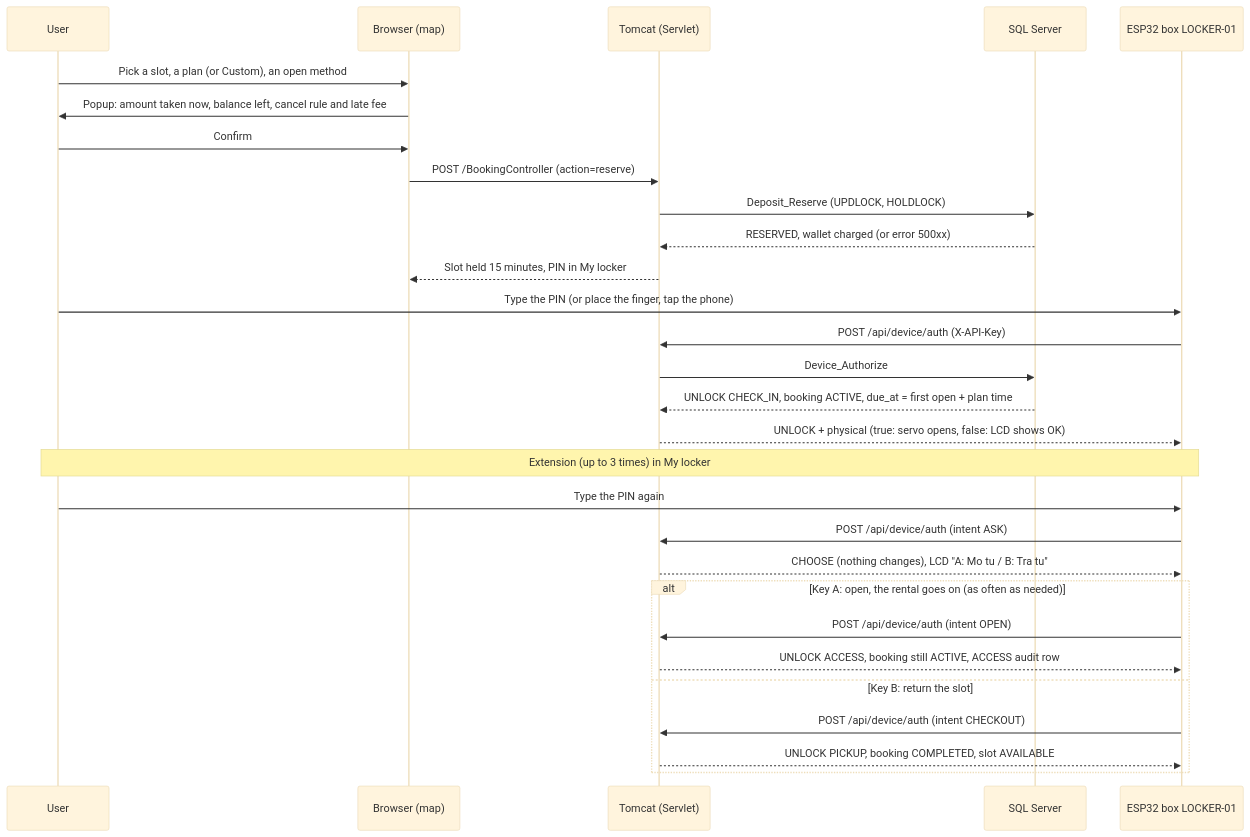
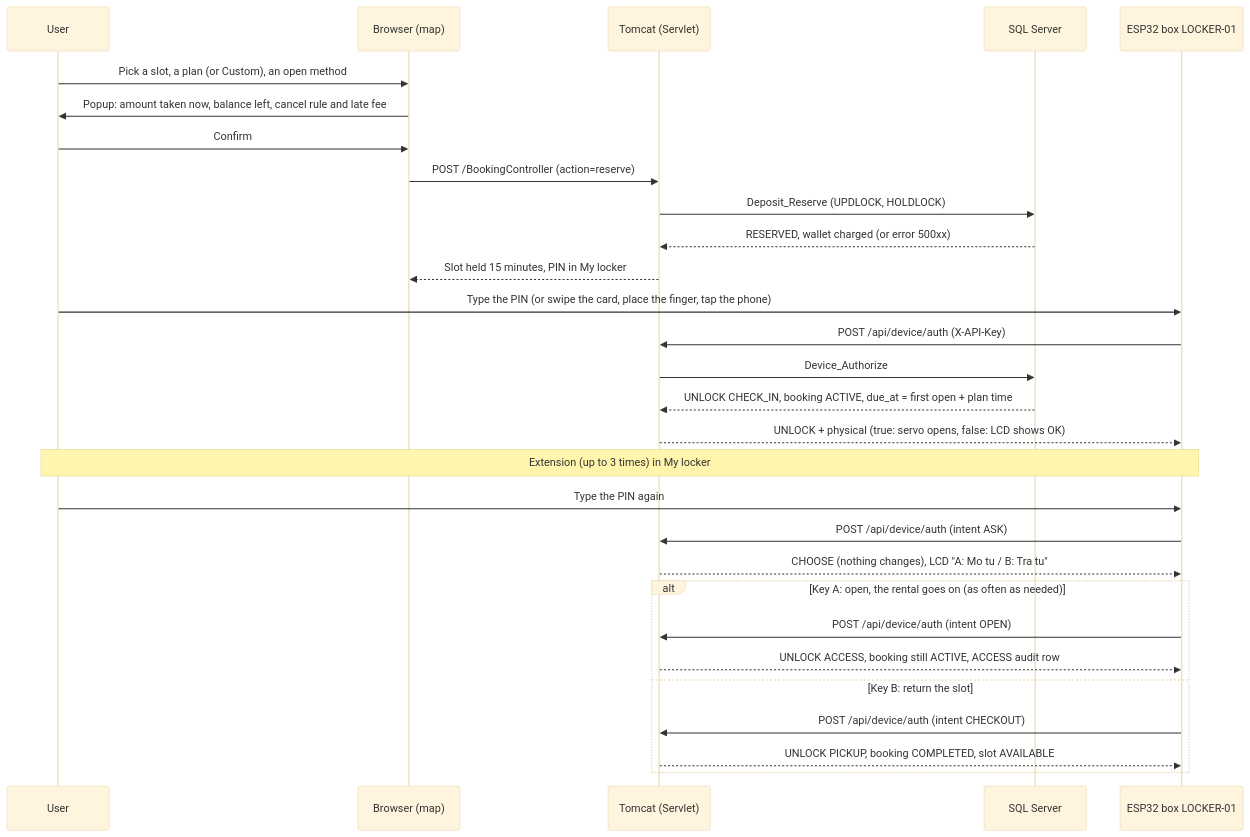
One commit to HoangDuc1003/SmartLocker changed the first of 4 diagrams in README.en.md. Above: the diagram before and after it, drawn with Mermaid (base theme). The commit also changed other lines of this file and 58 other files, not shown here.

First line of the commit message:
v7: RFID card and phone NFC tap together on one PN532, no card deposit

````diff
--- a/README.en.md
+++ b/README.en.md
@@ -310,32 +311,32 @@
 ```mermaid
 sequenceDiagram
     participant U as User
     participant W as Browser (map)
     participant S as Tomcat (Servlet)
     participant D as SQL Server
     participant B as ESP32 box LOCKER-01
 
     U->>W: Pick a slot, a plan (or Custom), an open method
     W->>U: Popup: amount taken now, balance left, cancel rule and late fee
     U->>W: Confirm
     W->>S: POST /BookingController (action=reserve)
     S->>D: Deposit_Reserve (UPDLOCK, HOLDLOCK)
     D-->>S: RESERVED, wallet charged (or error 500xx)
     S-->>W: Slot held 15 minutes, PIN in My locker
-    U->>B: Type the PIN (or place the finger, tap the phone)
+    U->>B: Type the PIN (or swipe the card, place the finger, tap the phone)
     B->>S: POST /api/device/auth (X-API-Key)
     S->>D: Device_Authorize
     D-->>S: UNLOCK CHECK_IN, booking ACTIVE, due_at = first open + plan time
     S-->>B: UNLOCK + physical (true: servo opens, false: LCD shows OK)
     Note over U,B: Extension (up to 3 times) in My locker
     U->>B: Type the PIN again
     B->>S: POST /api/device/auth (intent ASK)
     S-->>B: CHOOSE (nothing changes), LCD "A: Mo tu / B: Tra tu"
     alt Key A: open, the rental goes on (as often as needed)
         B->>S: POST /api/device/auth (intent OPEN)
         S-->>B: UNLOCK ACCESS, booking still ACTIVE, ACCESS audit row
     else Key B: return the slot
         B->>S: POST /api/device/auth (intent CHECKOUT)
         S-->>B: UNLOCK PICKUP, booking COMPLETED, slot AVAILABLE
     end
 ```
````
